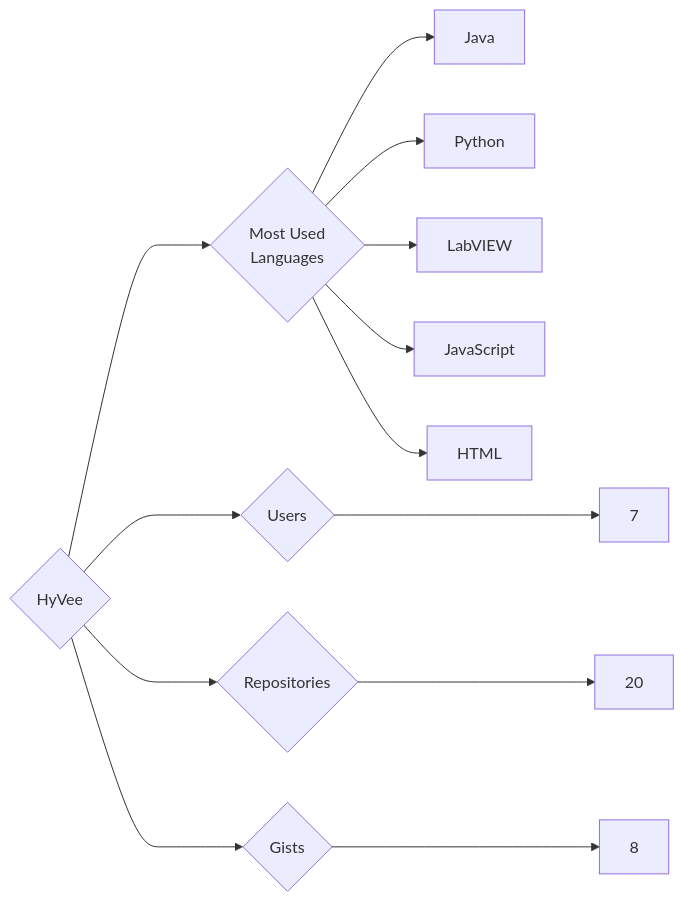
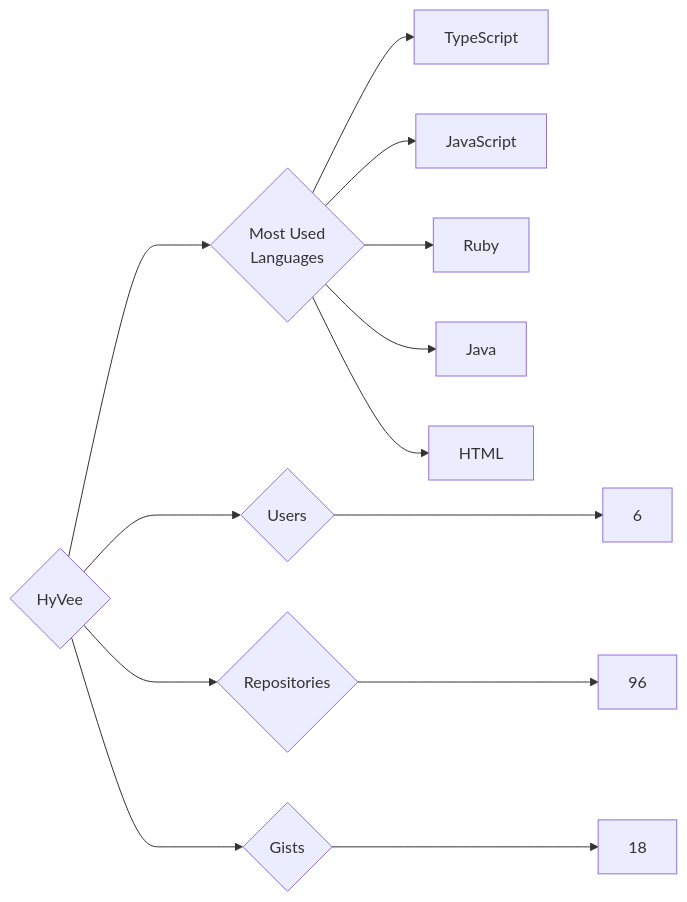
Before and after one commit to trickest/insiders: the diagram in targets/HyVee/README.md, drawn with Mermaid. The commit also changed 772 other files, not shown here.

````diff
--- a/targets/HyVee/README.md
+++ b/targets/HyVee/README.md
@@ -3,13 +3,13 @@
 ```mermaid
 graph LR
 COMPANY_NAME{HyVee}
-COMPANY_NAME ---> U{Users} ---> UN[7]
-COMPANY_NAME ---> R{Repositories} ---> RN[20]
-COMPANY_NAME ---> G{Gists} ---> GN[8]
+COMPANY_NAME ---> U{Users} ---> UN[6]
+COMPANY_NAME ---> R{Repositories} ---> RN[96]
+COMPANY_NAME ---> G{Gists} ---> GN[18]
 COMPANY_NAME ---> ML{Most Used<br>Languages}
+ML --> TypeScript[TypeScript]
+ML --> JavaScript[JavaScript]
+ML --> Ruby[Ruby]
 ML --> Java[Java]
-ML --> Python[Python]
-ML --> LabVIEW[LabVIEW]
-ML --> JavaScript[JavaScript]
 ML --> HTML[HTML]
 ```
````
